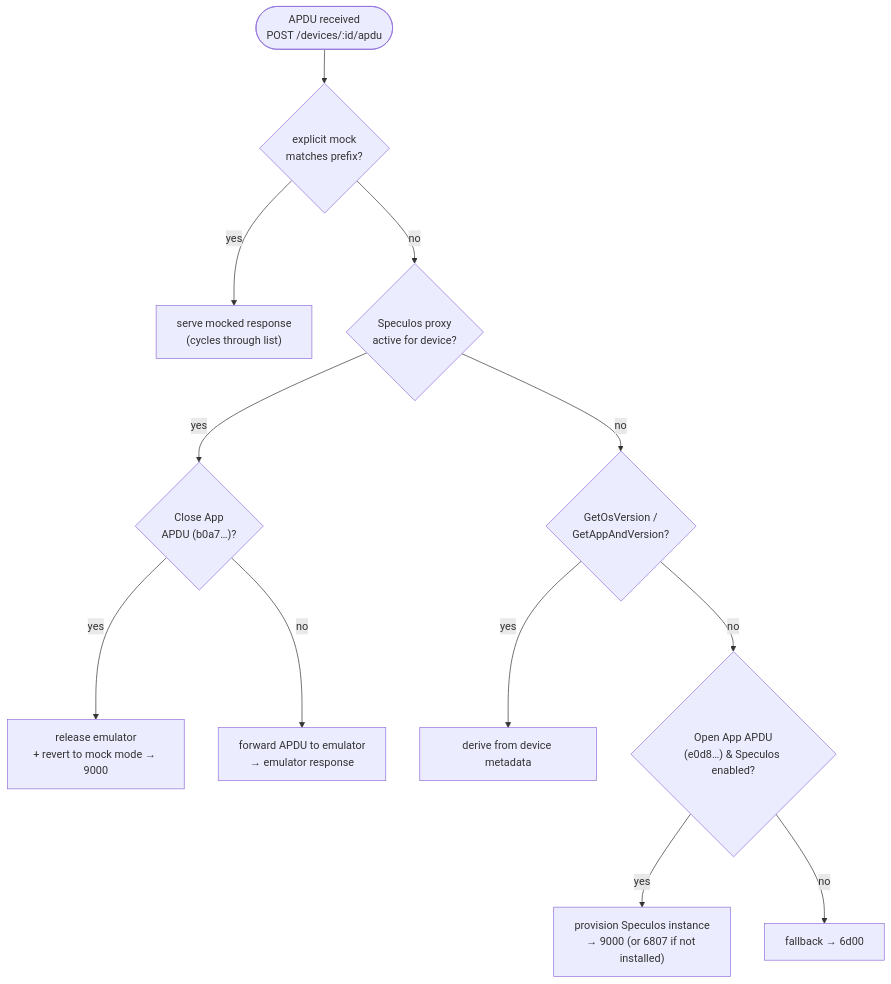
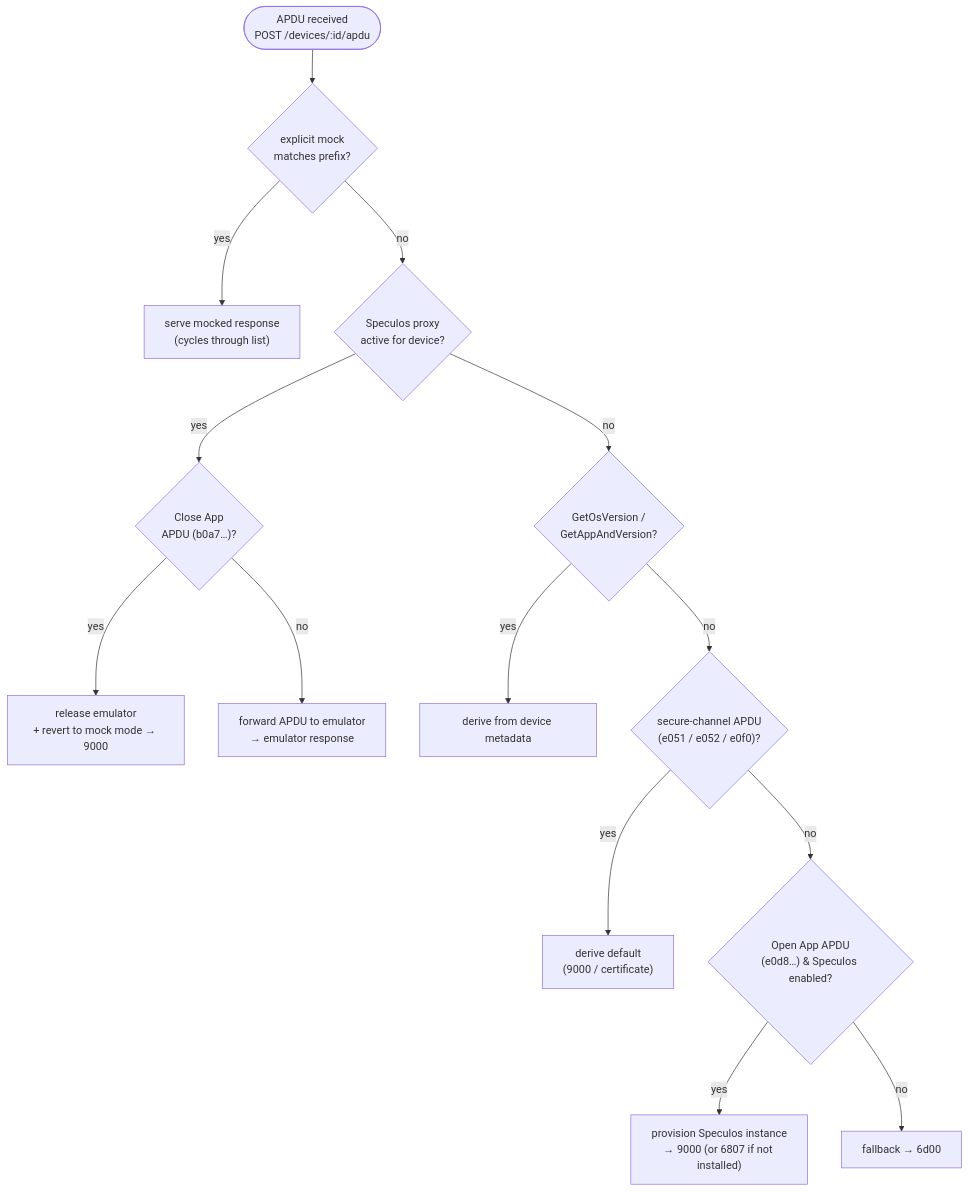
One commit to LedgerHQ/device-sdk-ts changed the second of 4 diagrams in apps/device-mock-server/README.md. Above: the diagram before and after it, drawn with Mermaid. The commit also changed other lines of this file and 25 other files, not shown here.

Commit message:
✨ (mockserver): Add mock secure-channel ws and rename derived module to os

````diff
--- a/apps/device-mock-server/README.md
+++ b/apps/device-mock-server/README.md
@@ -105,14 +114,16 @@
 ```mermaid
 flowchart TD
     start(["APDU received<br/>POST /devices/:id/apdu"]) --> mock{"explicit mock<br/>matches prefix?"}
     mock -->|yes| served["serve mocked response<br/>(cycles through list)"]
     mock -->|no| proxy{"Speculos proxy<br/>active for device?"}
     proxy -->|yes| close{"Close App<br/>APDU (b0a7…)?"}
     close -->|yes| release["release emulator<br/>+ revert to mock mode → 9000"]
     close -->|no| forward["forward APDU to emulator<br/>→ emulator response"]
     proxy -->|no| handshake{"GetOsVersion /<br/>GetAppAndVersion?"}
     handshake -->|yes| derive["derive from device metadata"]
-    handshake -->|no| open{"Open App APDU<br/>(e0d8…) &amp; Speculos enabled?"}
+    handshake -->|no| sc{"secure-channel APDU<br/>(e051 / e052 / e0f0)?"}
+    sc -->|yes| scderive["derive default<br/>(9000 / certificate)"]
+    sc -->|no| open{"Open App APDU<br/>(e0d8…) &amp; Speculos enabled?"}
     open -->|yes| provision["provision Speculos instance<br/>→ 9000 (or 6807 if not installed)"]
     open -->|no| fallback["fallback → 6d00"]
 ```
````
